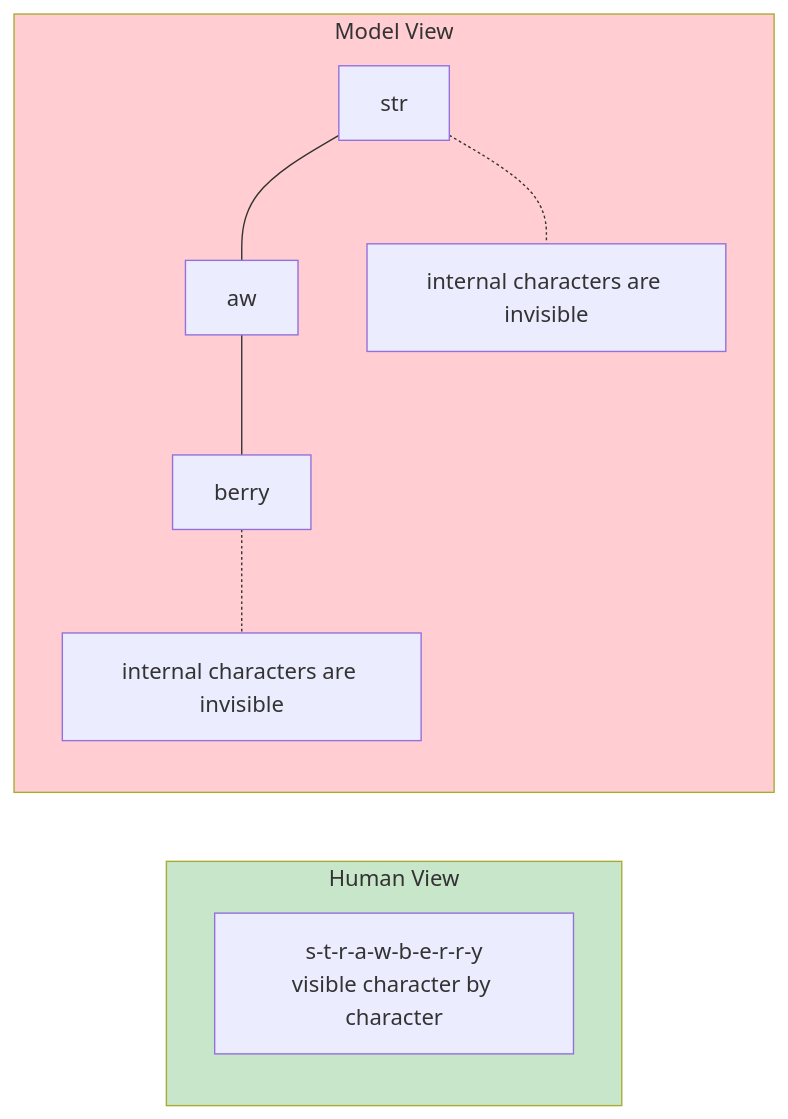
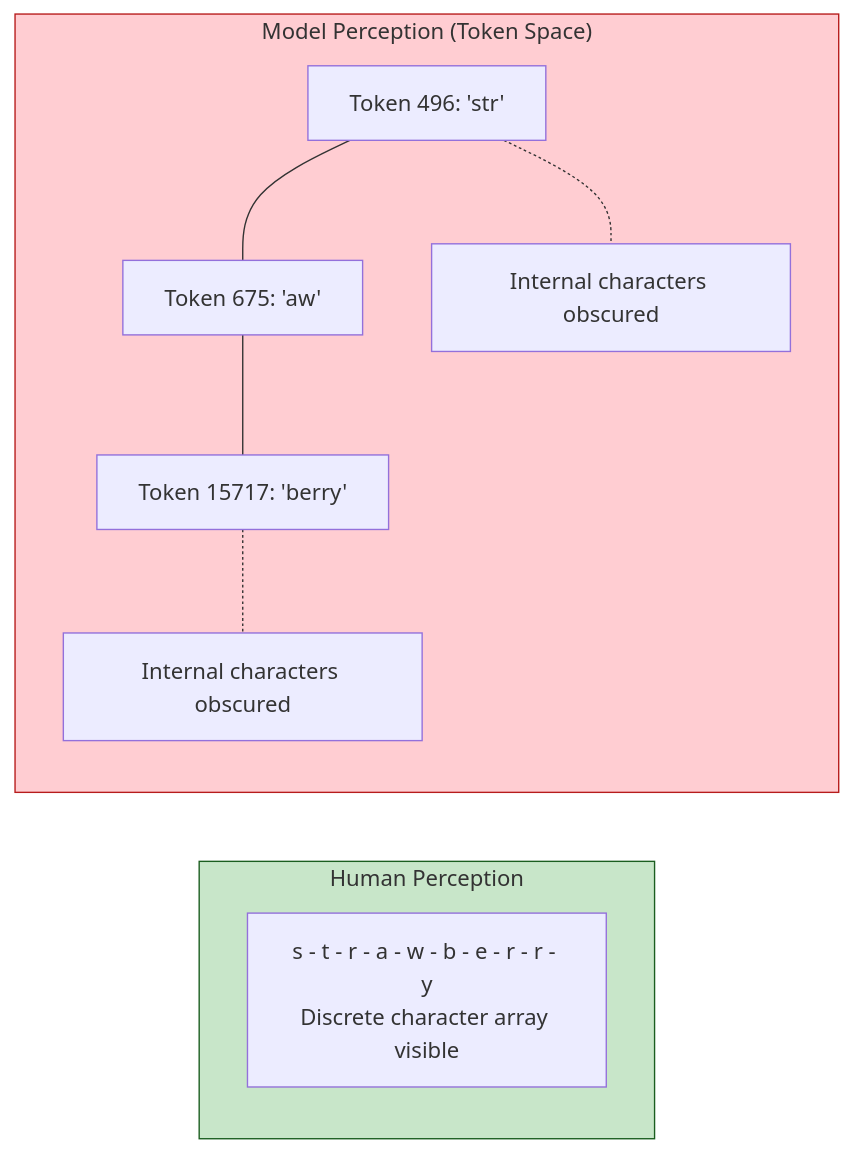
One commit to yingwang/thinking-in-llm changed the first of 9 diagrams in en/chapters/06-limitations.md. Above: the diagram before and after it, drawn with Mermaid. The commit also changed other lines of this file and 31 other files, not shown here.

````diff
--- a/en/chapters/06-limitations.md
+++ b/en/chapters/06-limitations.md
@@ -58,14 +58,14 @@
 ```mermaid
 flowchart LR
-    subgraph human_view["Human View"]
-        H["s-t-r-a-w-b-e-r-r-y<br>visible character by character"]
+    subgraph human_view["Human Perception"]
+        H["s - t - r - a - w - b - e - r - r - y<br/>Discrete character array visible"]
     end
-    subgraph model_view["Model View"]
-        M1["str"] --- M2["aw"] --- M3["berry"]
-        M1 -.- N1["internal characters are invisible"]
-        M3 -.- N2["internal characters are invisible"]
+    subgraph model_view["Model Perception (Token Space)"]
+        M1["Token 496: 'str'"] --- M2["Token 675: 'aw'"] --- M3["Token 15717: 'berry'"]
+        M1 -.- N1["Internal characters obscured"]
+        M3 -.- N2["Internal characters obscured"]
     end
 
-    style human_view fill:#c8e6c9
-    style model_view fill:#ffcdd2
+    style human_view fill:#c8e6c9,stroke:#1b5e20
+    style model_view fill:#ffcdd2,stroke:#b71c1c
 ```
````
